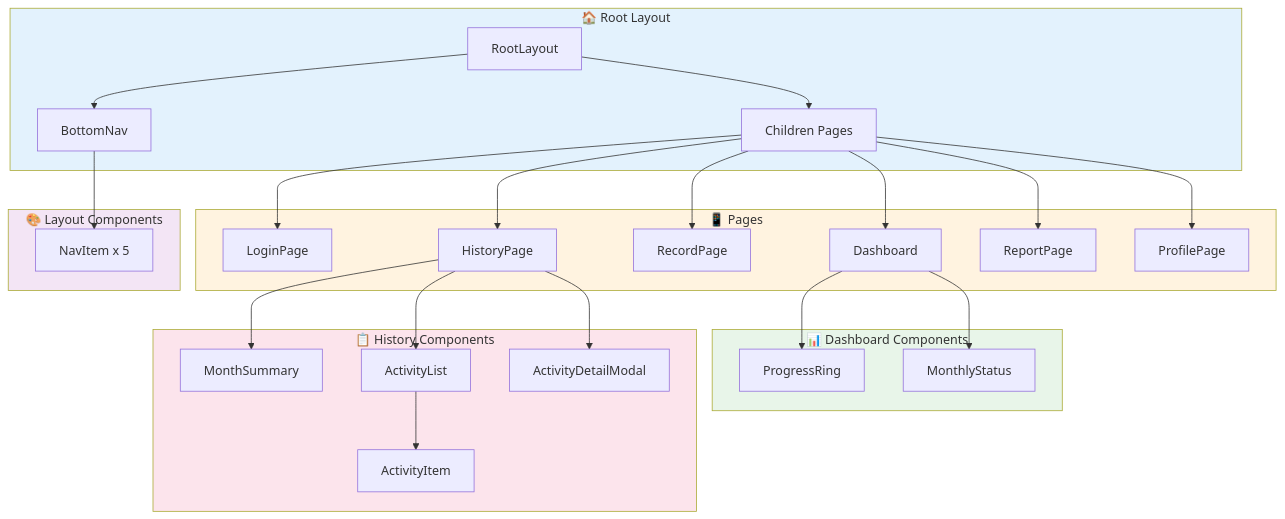
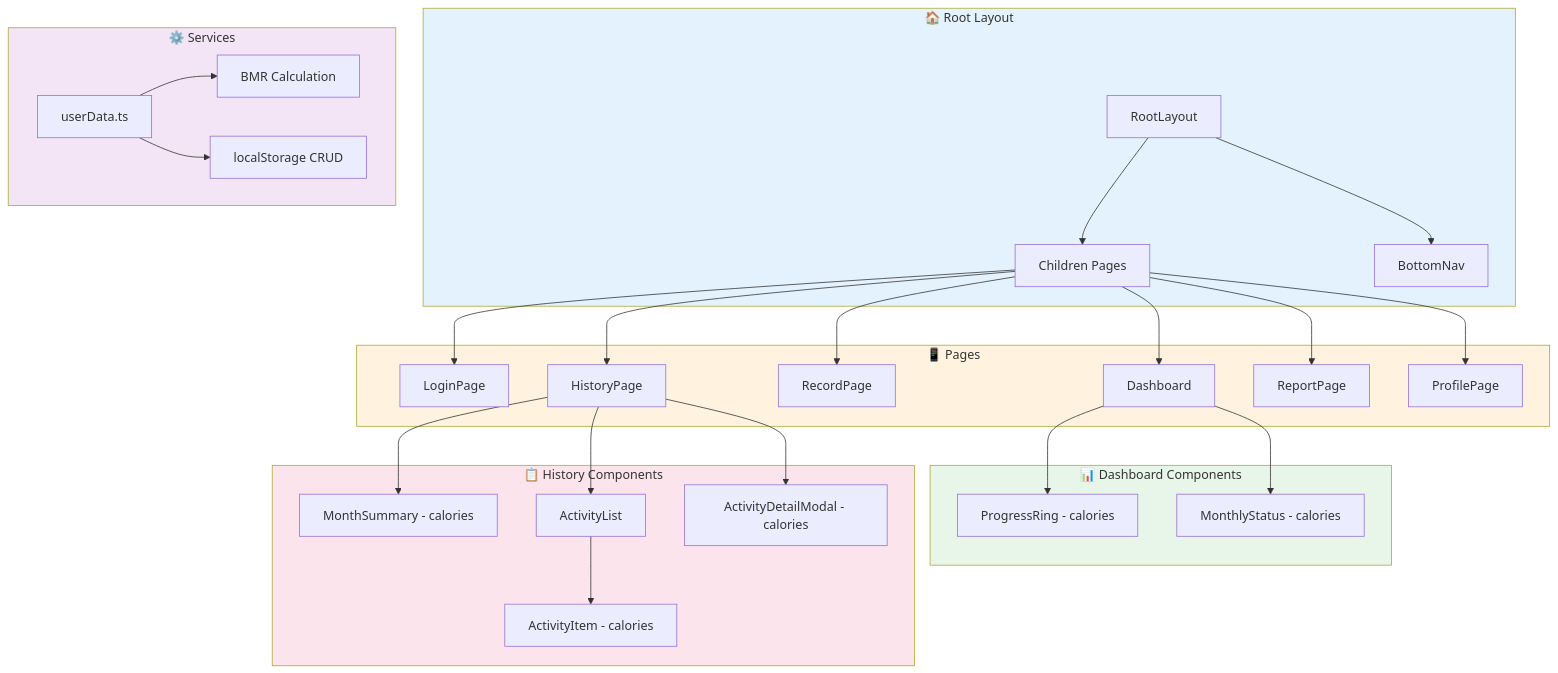
The ninth of 10 diagrams in docs/project_analysis.md (ilhaminudin24/ITDigital-wellbeing), drawn with Mermaid before and after one commit. The commit also changed other lines of this file and 8 other files, not shown here.

````diff
--- a/docs/project_analysis.md
+++ b/docs/project_analysis.md
@@ -446,39 +435,41 @@
 ```mermaid
 flowchart TD
     subgraph Root["🏠 Root Layout"]
         A[RootLayout]
         A --> B[Children Pages]
         A --> C[BottomNav]
     end
 
     subgraph Pages["📱 Pages"]
         B --> D[LoginPage]
         B --> E[Dashboard]
         B --> F[RecordPage]
         B --> G[HistoryPage]
         B --> H[ReportPage]
         B --> I[ProfilePage]
     end
 
     subgraph Dashboard_Components["📊 Dashboard Components"]
-        E --> J[ProgressRing]
-        E --> K[MonthlyStatus]
+        E --> J[ProgressRing - calories]
+        E --> K[MonthlyStatus - calories]
     end
 
     subgraph History_Components["📋 History Components"]
-        G --> L[MonthSummary]
+        G --> L[MonthSummary - calories]
         G --> M[ActivityList]
-        M --> N[ActivityItem]
-        G --> O[ActivityDetailModal]
+        M --> N[ActivityItem - calories]
+        G --> O[ActivityDetailModal - calories]
     end
 
-    subgraph Layout_Components["🎨 Layout Components"]
-        C --> P[NavItem x 5]
+    subgraph Services["⚙️ Services"]
+        P[userData.ts]
+        P --> Q[BMR Calculation]
+        P --> R[localStorage CRUD]
     end
 
     style Root fill:#e3f2fd
     style Pages fill:#fff3e0
     style Dashboard_Components fill:#e8f5e9
     style History_Components fill:#fce4ec
-    style Layout_Components fill:#f3e5f5
+    style Services fill:#f3e5f5
 ```
````
